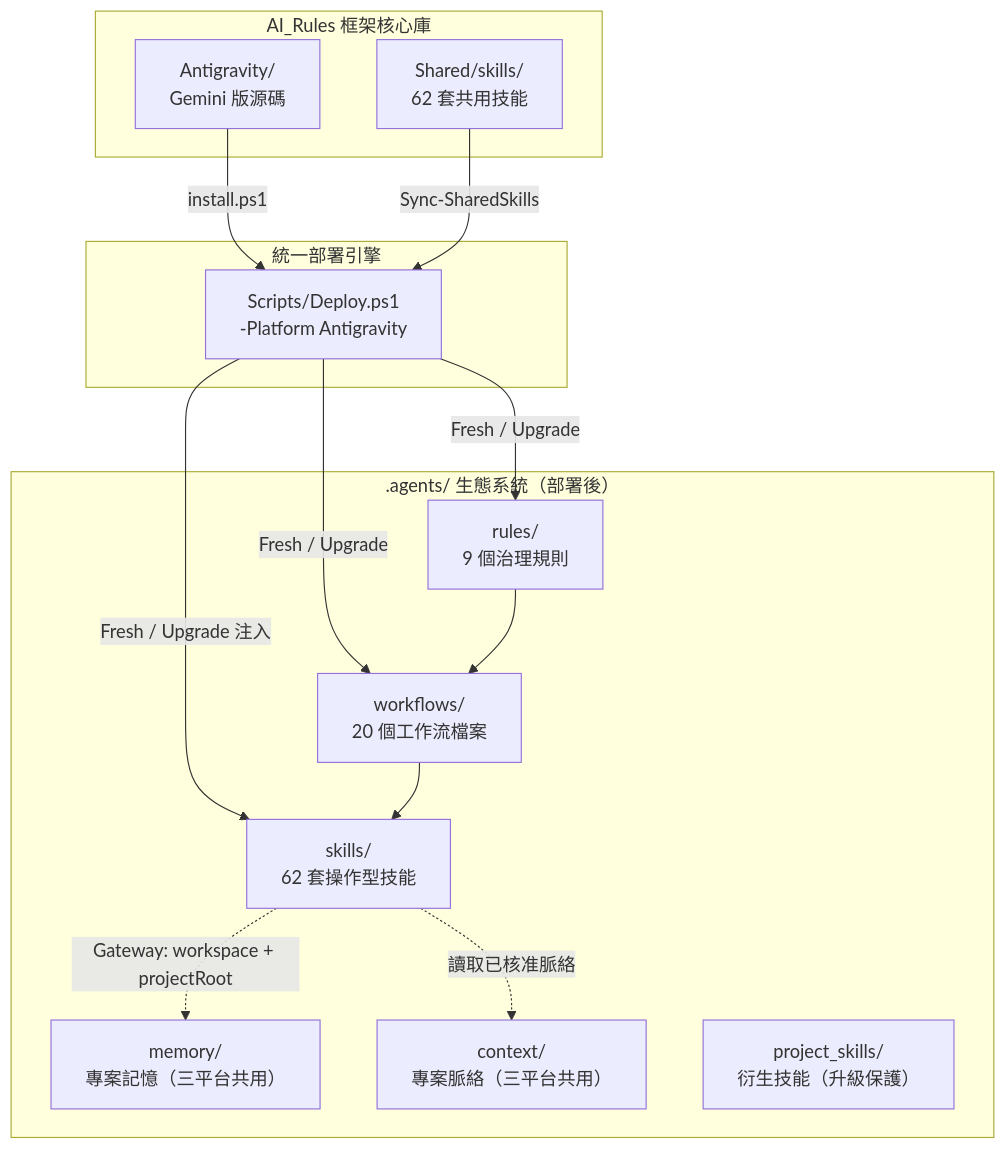
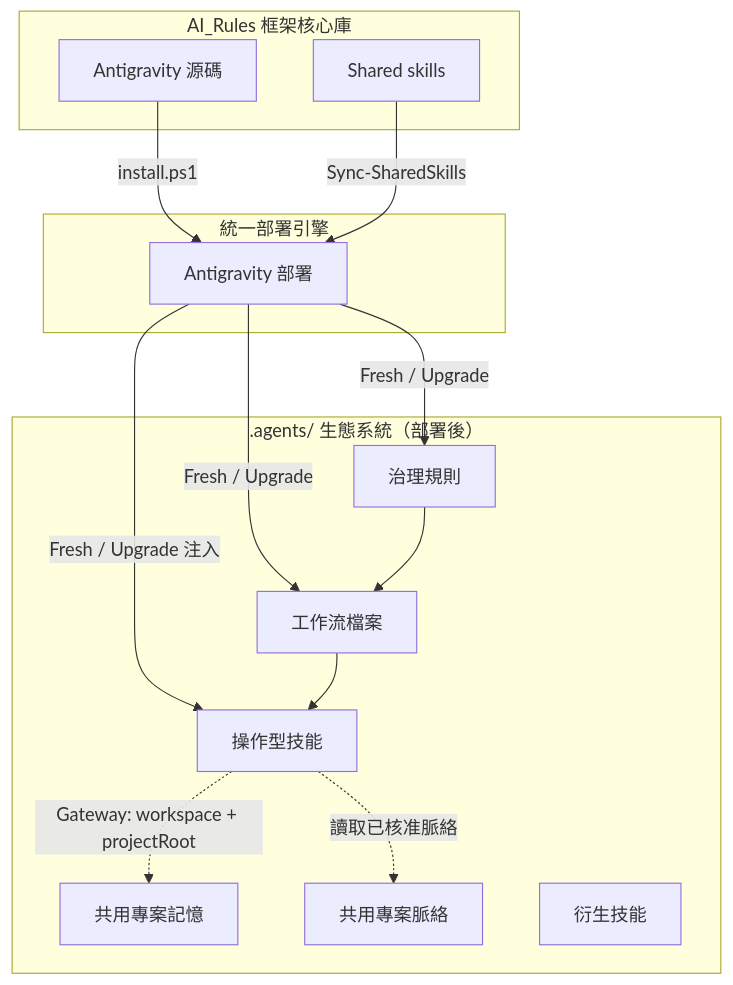
One commit to Kunshao1117/AI_Rules changed the first of 3 diagrams in Antigravity/README.md. Above: the diagram before and after it, drawn with Mermaid. The commit also changed other lines of this file and 1 other file, not shown here.

Commit message:
更新 Antigravity README 與啟動文件

````diff
--- a/Antigravity/README.md
+++ b/Antigravity/README.md
@@ -85,30 +129,30 @@
 ```mermaid
 graph TB
     subgraph "AI_Rules 框架核心庫"
-        SRC["Antigravity/<br/>Gemini 版源碼"]
-        SH["Shared/skills/<br/>62 套共用技能"]
+        SRC["Antigravity 源碼"]
+        SH["Shared skills"]
     end
 
     subgraph "統一部署引擎"
-        DEPLOY["Scripts/Deploy.ps1<br/>-Platform Antigravity"]
+        DEPLOY["Antigravity 部署"]
     end
 
     subgraph ".agents/ 生態系統（部署後）"
-        RULES["rules/<br/>9 個治理規則"]
-        WF["workflows/<br/>20 個工作流檔案"]
-        SKILLS["skills/<br/>62 套操作型技能"]
-        MEM["memory/<br/>專案記憶（三平台共用）"]
-        CTX["context/<br/>專案脈絡（三平台共用）"]
-        PROJ["project_skills/<br/>衍生技能（升級保護）"]
+        RULES["治理規則"]
+        WF["工作流檔案"]
+        SKILLS["操作型技能"]
+        MEM["共用專案記憶"]
+        CTX["共用專案脈絡"]
+        PROJ["衍生技能"]
     end
 
     SRC -->|"install.ps1"| DEPLOY
     SH -->|"Sync-SharedSkills"| DEPLOY
     DEPLOY -->|"Fresh / Upgrade"| RULES
     DEPLOY -->|"Fresh / Upgrade"| WF
     DEPLOY -->|"Fresh / Upgrade 注入"| SKILLS
     RULES --> WF
     WF --> SKILLS
     SKILLS -.->|"Gateway: workspace + projectRoot"| MEM
     SKILLS -.->|"讀取已核准脈絡"| CTX
 ```
````
